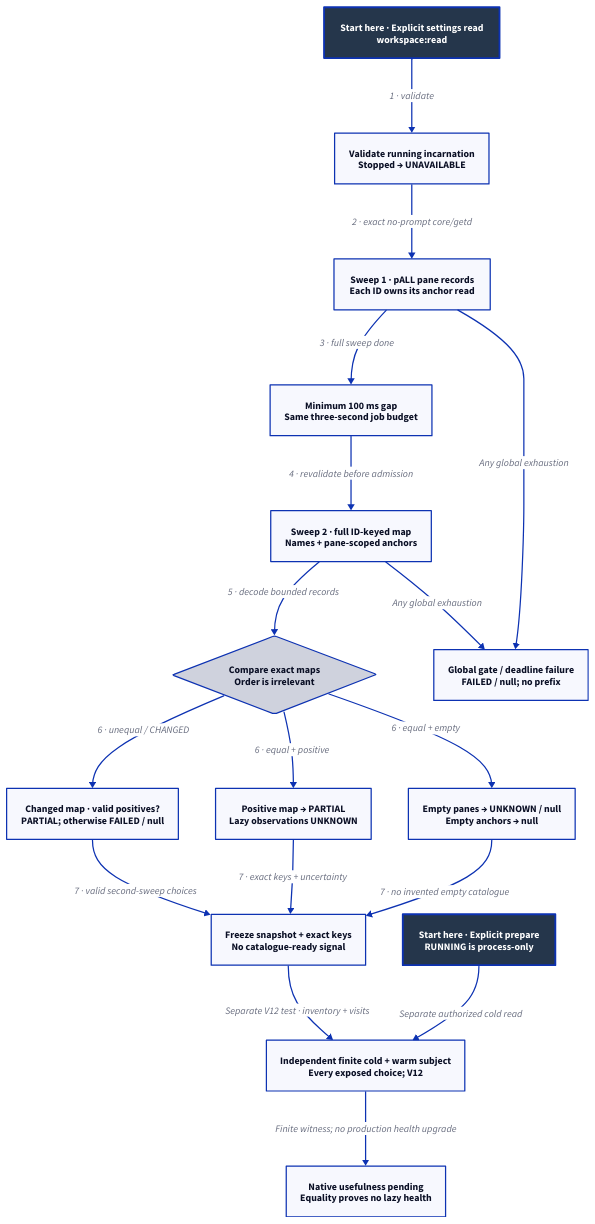
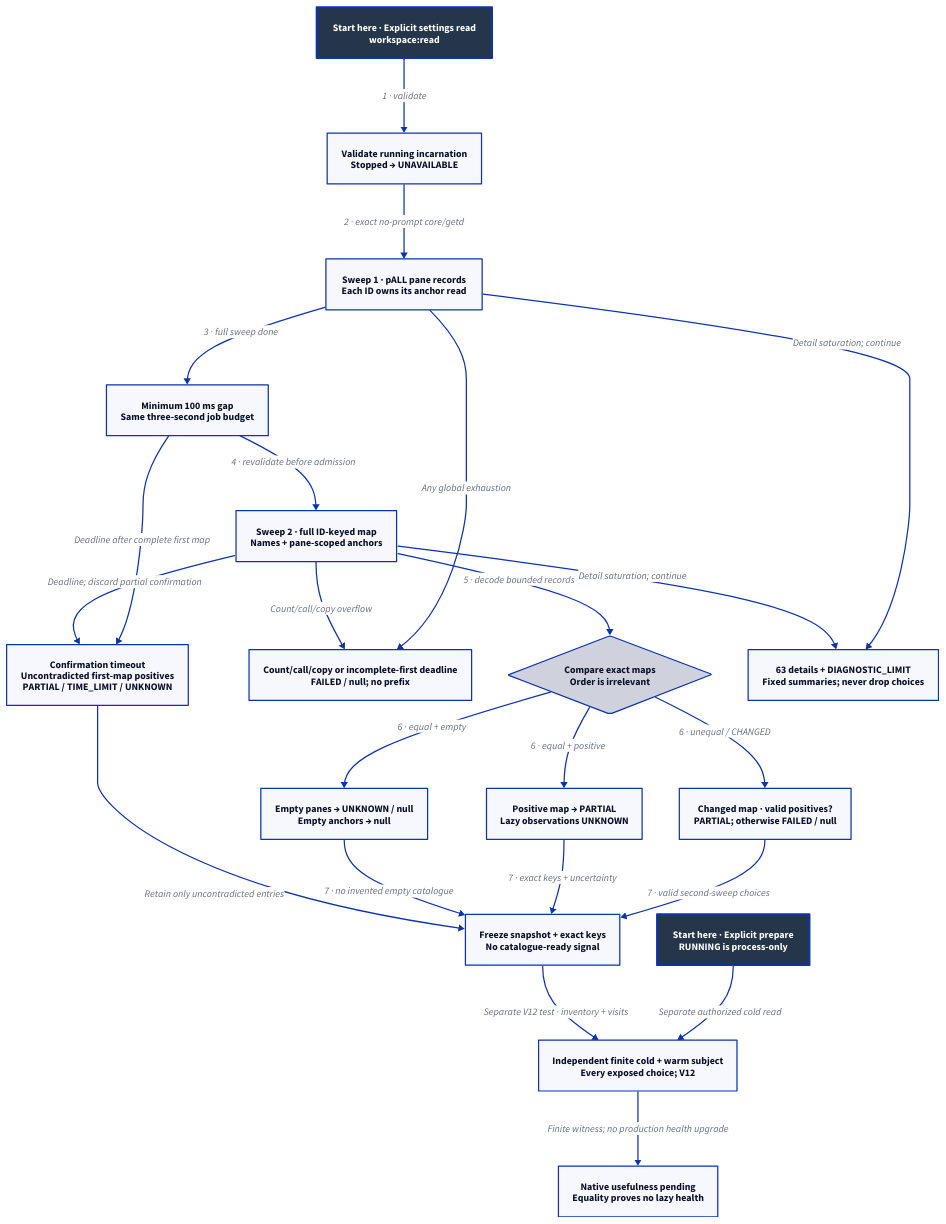
One commit to Linkuistics/Koine changed the diagram in docs/design/architecture/native-settings-readiness.d2. Above: the diagram before and after it, drawn with D2. The commit also changed 113 other files, not shown here.

```diff
--- a/docs/design/architecture/native-settings-readiness.d2
+++ b/docs/design/architecture/native-settings-readiness.d2
@@ -1,35 +1,42 @@
 # Activity view: process readiness, finite response quiescence and useful qualification differ.
 direction: down
 classes: {
   start: {style: {fill: "#25364B"; font-color: "#FFFFFF"; bold: true; stroke-width: 3}}
 }
 Start: "Start here · Explicit settings read\nworkspace:read" {class: start}
 Target: "Validate running incarnation\nStopped → UNAVAILABLE"
 First: "Sweep 1 · pALL pane records\nEach ID owns its anchor read"
 Gap: "Minimum 100 ms gap\nSame three-second job budget"
 Second: "Sweep 2 · full ID-keyed map\nNames + pane-scoped anchors"
 Compare: "Compare exact maps\nOrder is irrelevant" {shape: diamond}
 Changed: "Changed map · valid positives?\nPARTIAL; otherwise FAILED / null"
 Positive: "Positive map → PARTIAL\nLazy observations UNKNOWN"
 Empty: "Empty panes → UNKNOWN / null\nEmpty anchors → null"
 Freeze: "Freeze snapshot + exact keys\nNo catalogue-ready signal"
-Budget: "Global gate / deadline failure\nFAILED / null; no prefix"
+Budget: "Count/call/copy or incomplete-first deadline\nFAILED / null; no prefix"
+Checkpoint: "Confirmation timeout\nUncontradicted first-map positives\nPARTIAL / TIME_LIMIT / UNKNOWN"
+Diagnostic: "63 details + DIAGNOSTIC_LIMIT\nFixed summaries; never drop choices"
 Prepare: "Start here · Explicit prepare\nRUNNING is process-only" {class: start}
 Qualification: "Independent finite cold + warm subject\nEvery exposed choice; V12"
 Limit: "Native usefulness pending\nEquality proves no lazy health"
 Start -> Target: "1 · validate"
 Target -> First: "2 · exact no-prompt core/getd"
 First -> Gap: "3 · full sweep done"
 Gap -> Second: "4 · revalidate before admission"
 Second -> Compare: "5 · decode bounded records"
 Compare -> Changed: "6 · unequal / CHANGED"
 Compare -> Positive: "6 · equal + positive"
 Compare -> Empty: "6 · equal + empty"
 Changed -> Freeze: "7 · valid second-sweep choices"
 Positive -> Freeze: "7 · exact keys + uncertainty"
 Empty -> Freeze: "7 · no invented empty catalogue"
 First -> Budget: "Any global exhaustion"
-Second -> Budget: "Any global exhaustion"
+Second -> Budget: "Count/call/copy overflow"
+Gap -> Checkpoint: "Deadline after complete first map"
+Second -> Checkpoint: "Deadline; discard partial confirmation"
+Checkpoint -> Freeze: "Retain only uncontradicted entries"
+First -> Diagnostic: "Detail saturation; continue"
+Second -> Diagnostic: "Detail saturation; continue"
 Prepare -> Qualification: "Separate authorized cold read"
 Freeze -> Qualification: "Separate V12 test · inventory + visits"
 Qualification -> Limit: "Finite witness; no production health upgrade"
```
